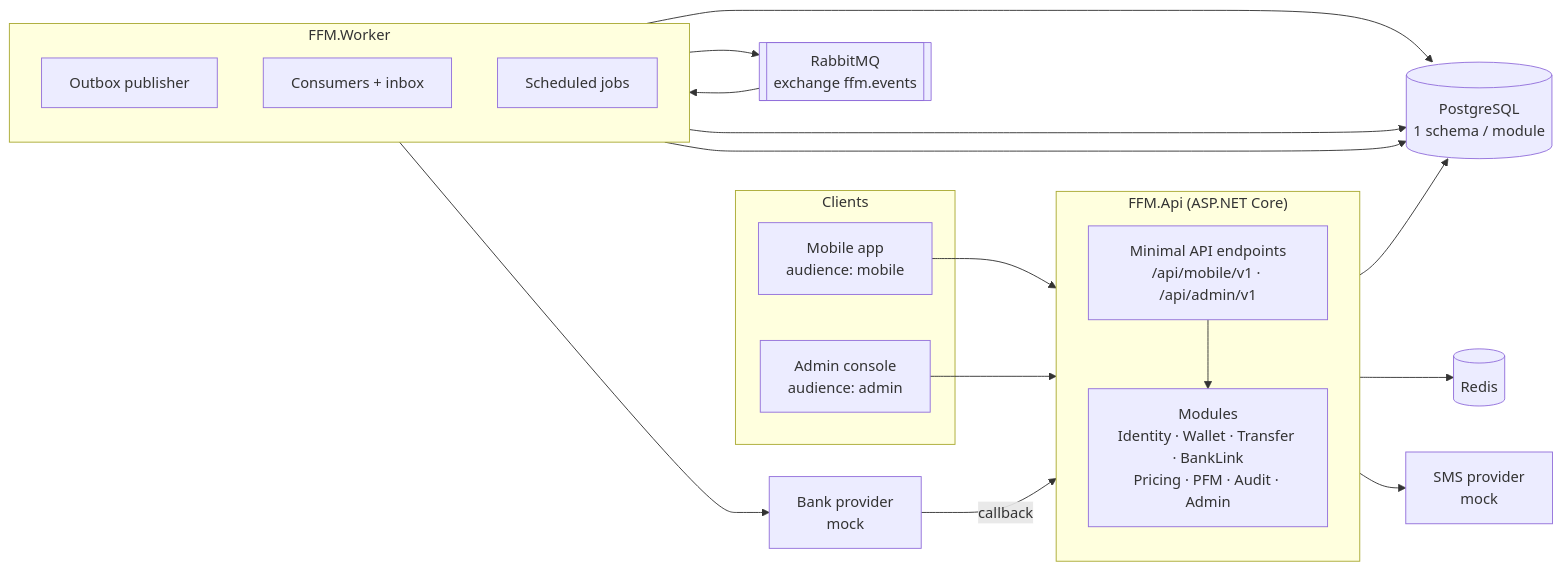
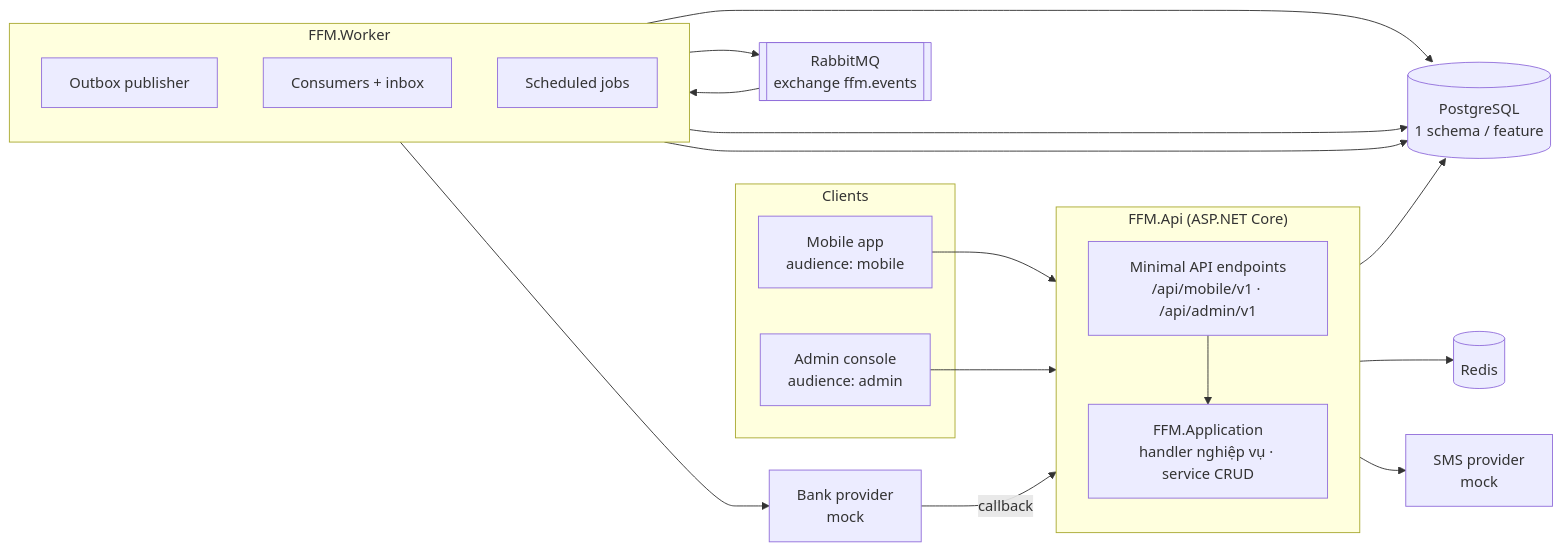
One commit to ha1tuan/pfm changed the first of 3 diagrams in backend/docs/architecture.md. Above: the diagram before and after it, drawn with Mermaid. The commit also changed other lines of this file and 52 other files, not shown here.

````diff
--- a/backend/docs/architecture.md
+++ b/backend/docs/architecture.md
@@ -7,40 +7,40 @@
 ```mermaid
 flowchart LR
     subgraph Clients
         M[Mobile app<br/>audience: mobile]
         A[Admin console<br/>audience: admin]
     end
 
     subgraph Host["FFM.Api (ASP.NET Core)"]
         direction TB
         EP[Minimal API endpoints<br/>/api/mobile/v1 · /api/admin/v1]
-        MOD[Modules<br/>Identity · Wallet · Transfer · BankLink<br/>Pricing · PFM · Audit · Admin]
-        EP --> MOD
+        APP[FFM.Application<br/>handler nghiệp vụ · service CRUD]
+        EP --> APP
     end
 
     subgraph WorkerHost["FFM.Worker"]
         direction TB
         PUB[Outbox publisher]
         CON[Consumers + inbox]
         JOB[Scheduled jobs]
     end
 
-    PG[(PostgreSQL<br/>1 schema / module)]
+    PG[(PostgreSQL<br/>1 schema / feature)]
     MQ[[RabbitMQ<br/>exchange ffm.events]]
     RD[(Redis)]
     BANK[Bank provider<br/>mock]
     SMS[SMS provider<br/>mock]
 
     M --> EP
     A --> EP
-    MOD --> PG
-    MOD --> RD
+    APP --> PG
+    APP --> RD
     PUB --> PG
     PUB --> MQ
     MQ --> CON
     CON --> PG
     CON --> BANK
     BANK -- callback --> EP
-    MOD --> SMS
+    APP --> SMS
     JOB --> PG
 ```
````
